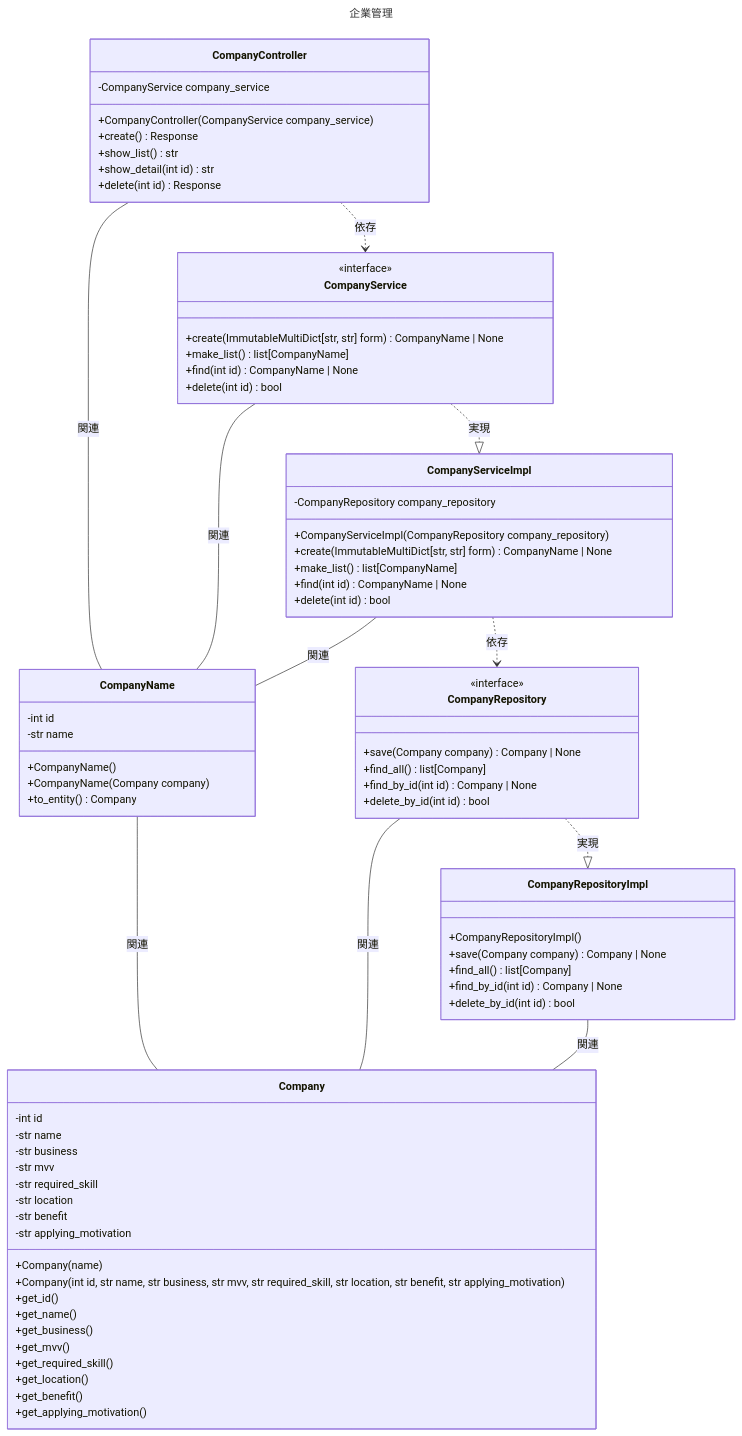
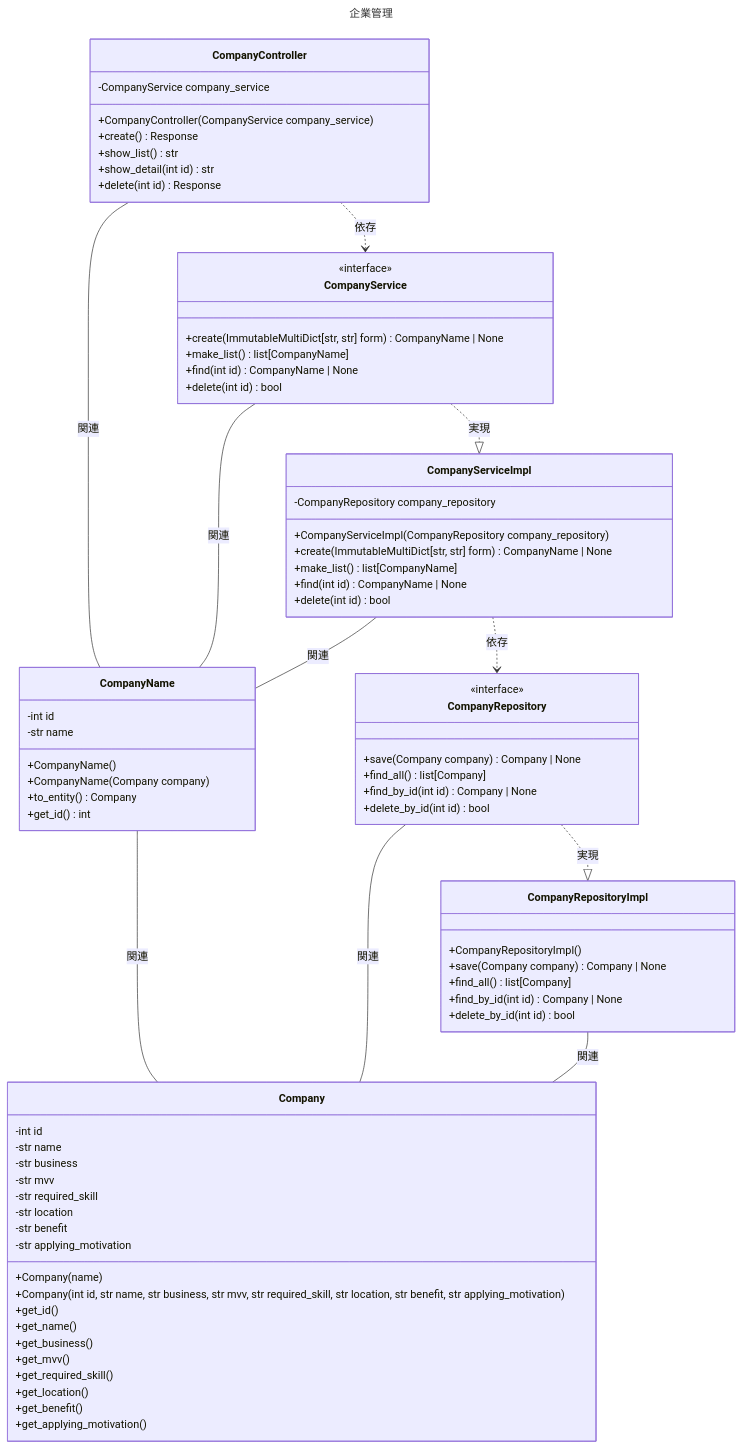
One commit to kmusicsports/JobCollection changed the second of 4 diagrams in README.md. Above: the diagram before and after it, drawn with Mermaid. The commit also changed other lines of this file, not shown here.

Commit message:
add explanation in architecture and class diagram to README.md

````diff
--- a/README.md
+++ b/README.md
@@ -326,80 +333,81 @@
 ```mermaid
 ---
 title: 企業管理
 ---
 classDiagram
   class CompanyController {
     -CompanyService company_service
     +CompanyController(CompanyService company_service)
     +create() Response
     +show_list() str
     +show_detail(int id) str
     +delete(int id) Response
   }
   class CompanyService {
     +create(ImmutableMultiDict[str, str] form) CompanyName | None
     +make_list() list[CompanyName]
     +find(int id) CompanyName | None
     +delete(int id) bool
   }
   class CompanyServiceImpl {
     -CompanyRepository company_repository
     +CompanyServiceImpl(CompanyRepository company_repository)
     +create(ImmutableMultiDict[str, str] form) CompanyName | None
     +make_list() list[CompanyName]
     +find(int id) CompanyName | None
     +delete(int id) bool
   }
   class CompanyRepository {
     +save(Company company) Company | None
     +find_all() list[Company]
     +find_by_id(int id) Company | None
     +delete_by_id(int id) bool
   }
   class CompanyRepositoryImpl {
     +CompanyRepositoryImpl()
     +save(Company company) Company | None
     +find_all() list[Company]
     +find_by_id(int id) Company | None
     +delete_by_id(int id) bool
   }
   class CompanyName {
     -int id
     -str name
     +CompanyName()
     +CompanyName(Company company)
     +to_entity() Company
+    +get_id() int
   }
   class Company {
     -int id
     -str name
     -str business
     -str mvv
     -str required_skill
     -str location
     -str benefit
     -str applying_motivation
     +Company(name)
     +Company(int id, str name, str business, str mvv, str required_skill, str location, str benefit, str applying_motivation)
     +get_id()
     +get_name()
     +get_business()
     +get_mvv()
     +get_required_skill()
     +get_location()
     +get_benefit()
     +get_applying_motivation()
   }
   <<interface>> CompanyRepository
   <<interface>> CompanyService
   CompanyController..>CompanyService : 依存
   CompanyService..|>CompanyServiceImpl : 実現
   CompanyServiceImpl..>CompanyRepository : 依存
   CompanyRepository..|>CompanyRepositoryImpl : 実現
   CompanyName--Company : 関連
   CompanyController--CompanyName : 関連
   CompanyService--CompanyName : 関連
   CompanyServiceImpl--CompanyName : 関連
   CompanyRepository--Company : 関連
   CompanyRepositoryImpl--Company : 関連
 ```
````
